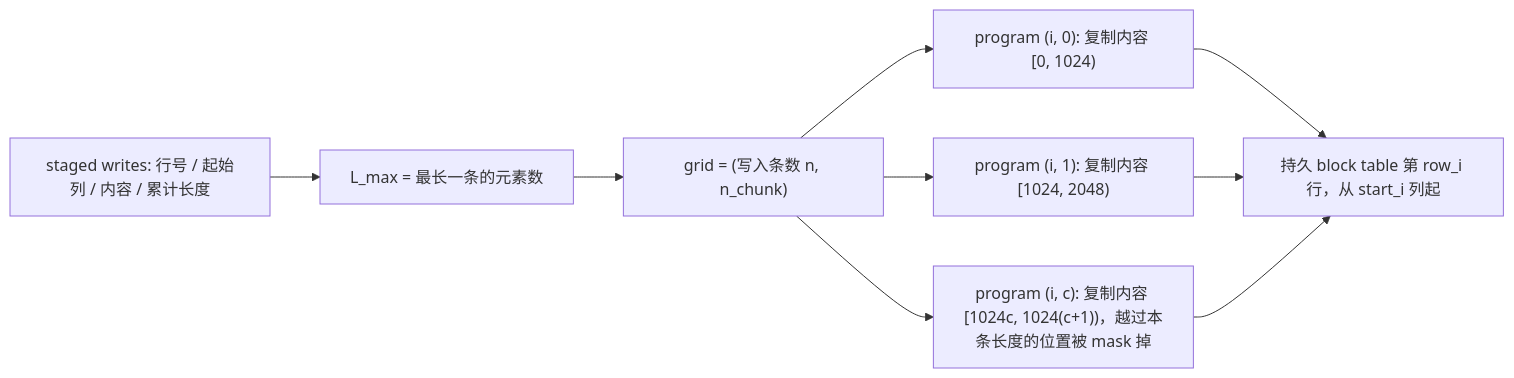
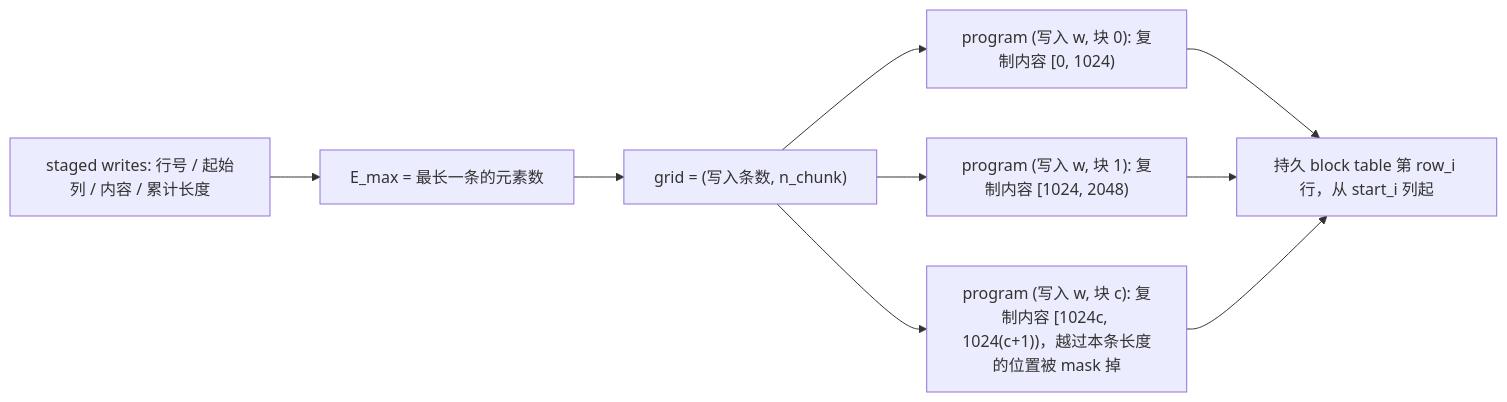
Before and after one commit to cluster1900/vllm_reader: diagram 14 of 44 in book/06-paged-attention/README.md, drawn with Mermaid. The commit also changed other lines of this file, not shown here.

````diff
--- a/book/06-paged-attention/README.md
+++ b/book/06-paged-attention/README.md
@@ -569,11 +694,11 @@
 ```mermaid
 flowchart LR
-    W["staged writes: 行号 / 起始列 / 内容 / 累计长度"] --> MAXL["L_max = 最长一条的元素数"]
-    MAXL --> GRID["grid = (写入条数 n, n_chunk)"]
-    GRID --> P0["program (i, 0): 复制内容 [0, 1024)"]
-    GRID --> P1["program (i, 1): 复制内容 [1024, 2048)"]
-    GRID --> PK["program (i, c): 复制内容 [1024c, 1024(c+1))，越过本条长度的位置被 mask 掉"]
+    W["staged writes: 行号 / 起始列 / 内容 / 累计长度"] --> MAXL["E_max = 最长一条的元素数"]
+    MAXL --> GRID["grid = (写入条数, n_chunk)"]
+    GRID --> P0["program (写入 w, 块 0): 复制内容 [0, 1024)"]
+    GRID --> P1["program (写入 w, 块 1): 复制内容 [1024, 2048)"]
+    GRID --> PK["program (写入 w, 块 c): 复制内容 [1024c, 1024(c+1))，越过本条长度的位置被 mask 掉"]
     P0 --> DST["持久 block table 第 row_i 行，从 start_i 列起"]
     P1 --> DST
     PK --> DST
 ```
````
